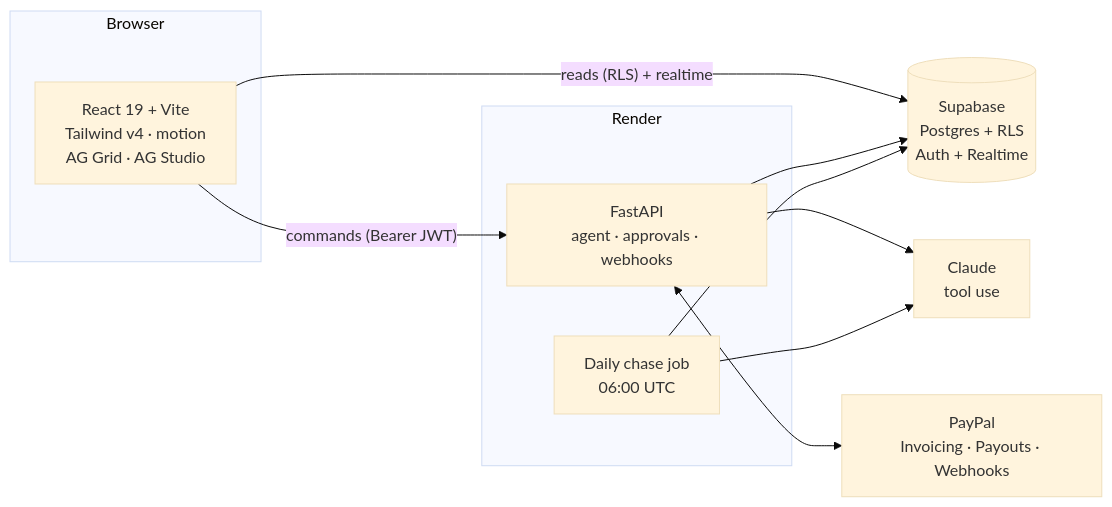
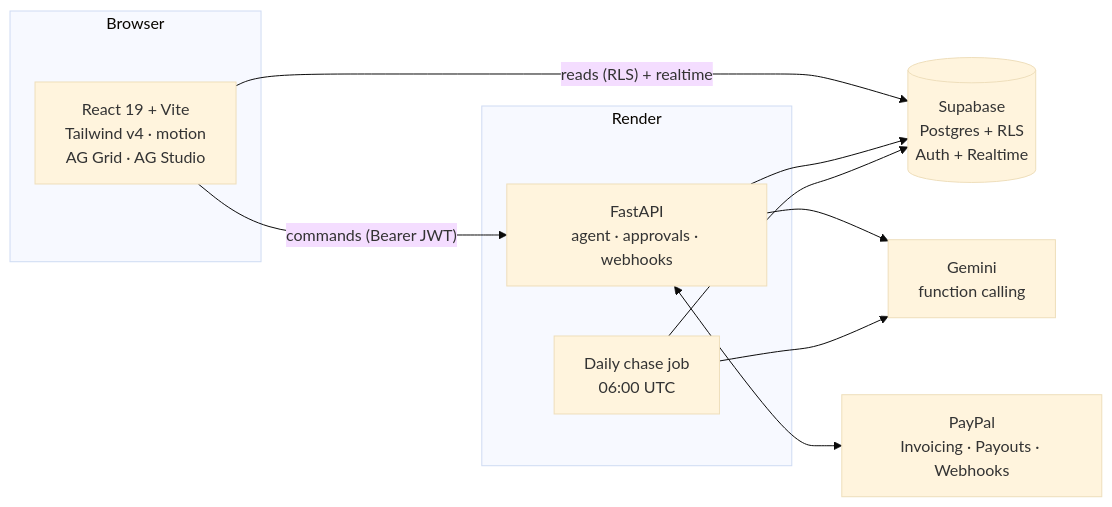
The second of 2 diagrams in README.md (LancemDev/paysasa), drawn with Mermaid (base theme) before and after one commit. The commit also changed other lines of this file and 10 other files, not shown here.

````diff
--- a/README.md
+++ b/README.md
@@ -190,21 +190,21 @@
 ```mermaid
 flowchart LR
     subgraph Browser
       UI["React 19 + Vite<br/>Tailwind v4 · motion<br/>AG Grid · AG Studio"]
     end
     subgraph Render
       API["FastAPI<br/>agent · approvals · webhooks"]
       CRON["Daily chase job<br/>06:00 UTC"]
     end
     SB[("Supabase<br/>Postgres + RLS<br/>Auth + Realtime")]
-    LLM["Claude<br/>tool use"]
+    LLM["Gemini<br/>function calling"]
     PP["PayPal<br/>Invoicing · Payouts · Webhooks"]
 
     UI -- "commands (Bearer JWT)" --> API
     UI -- "reads (RLS) + realtime" --> SB
     API --> SB
     API --> LLM
     API <--> PP
     CRON --> SB
     CRON --> LLM
 ```
````
